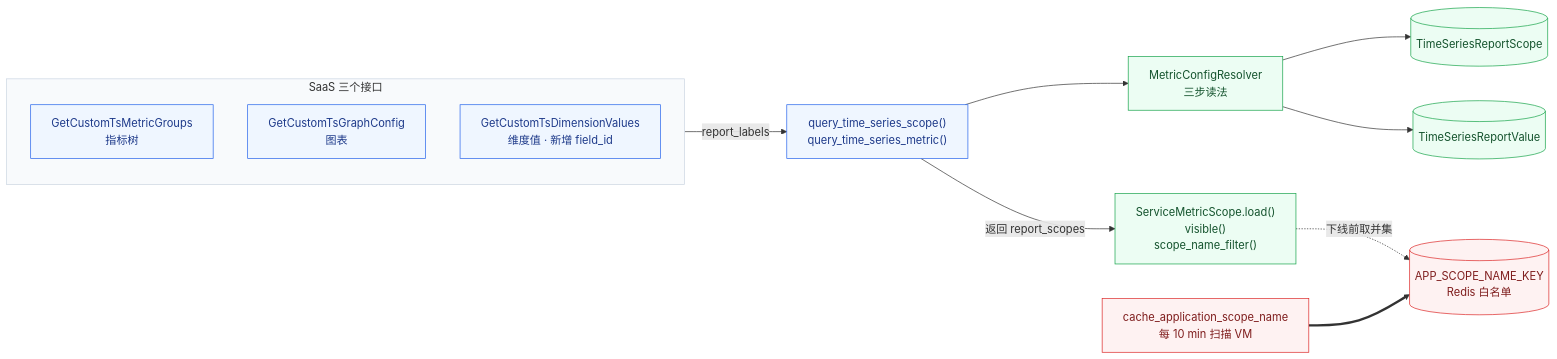
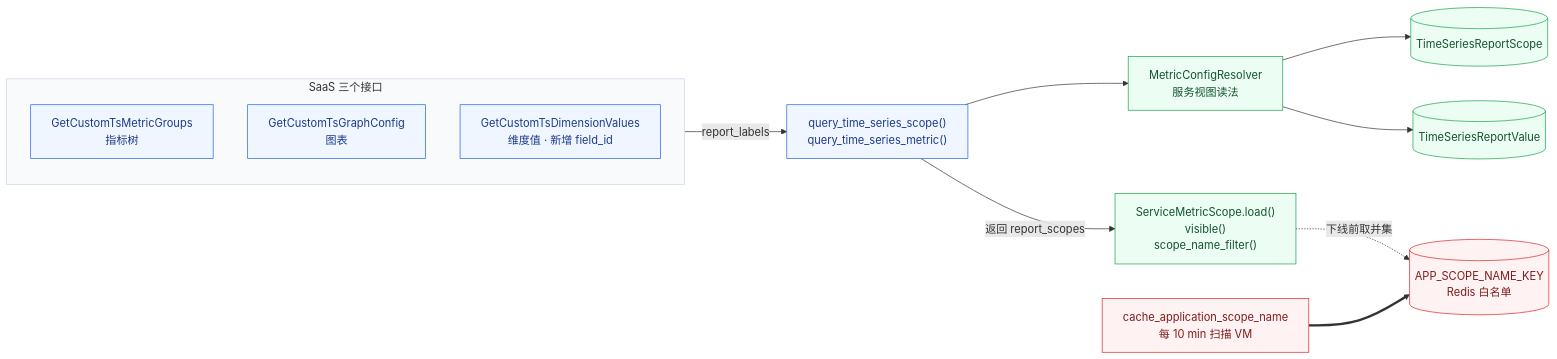
One commit to ZhuoZhuoCrayon/ai-workspace changed diagram 24 of 28 in knowledge/bkmonitor/issues/2026-09-15-custom-metric-metadata/PLAN.md. Above: the diagram before and after it, drawn with Mermaid. The commit also changed other lines of this file, not shown here.

Commit message:
docs(issue): tighten custom metric metadata plan wording and remove cross-section duplication

````diff
--- a/knowledge/bkmonitor/issues/2026-09-15-custom-metric-metadata/PLAN.md
+++ b/knowledge/bkmonitor/issues/2026-09-15-custom-metric-metadata/PLAN.md
@@ -2435,24 +2353,24 @@
 ```mermaid
 flowchart LR
     subgraph Readers["SaaS 三个接口"]
         direction TB
         Tree["GetCustomTsMetricGroups<br/>指标树"]
         Graph["GetCustomTsGraphConfig<br/>图表"]
         Dim["GetCustomTsDimensionValues<br/>维度值 · 新增 field_id"]
     end
     Readers -->|"report_labels"| Query["query_time_series_scope()<br/>query_time_series_metric()"]
-    Query --> Resolver["MetricConfigResolver<br/>三步读法"]
+    Query --> Resolver["MetricConfigResolver<br/>服务视图读法"]
     Resolver --> Scope[("TimeSeriesReportScope")]
     Resolver --> Value[("TimeSeriesReportValue")]
     Query -->|"返回 report_scopes"| Load["ServiceMetricScope.load()<br/>visible()<br/>scope_name_filter()"]
     Load -.->|"下线前取并集"| WL[("APP_SCOPE_NAME_KEY<br/>Redis 白名单")]
     Task["cache_application_scope_name<br/>每 10 min 扫描 VM"] ==> WL
 
     classDef add fill:#ecfdf3,stroke:#16a34a,color:#14532d
     classDef change fill:#eff6ff,stroke:#2563eb,color:#1e3a8a
     classDef del fill:#fef2f2,stroke:#dc2626,color:#7f1d1d
     class Load,Resolver,Scope,Value add
     class Tree,Graph,Dim,Query change
     class Task,WL del
     style Readers fill:#f8fafc,stroke:#cbd5e1
 ```
````
